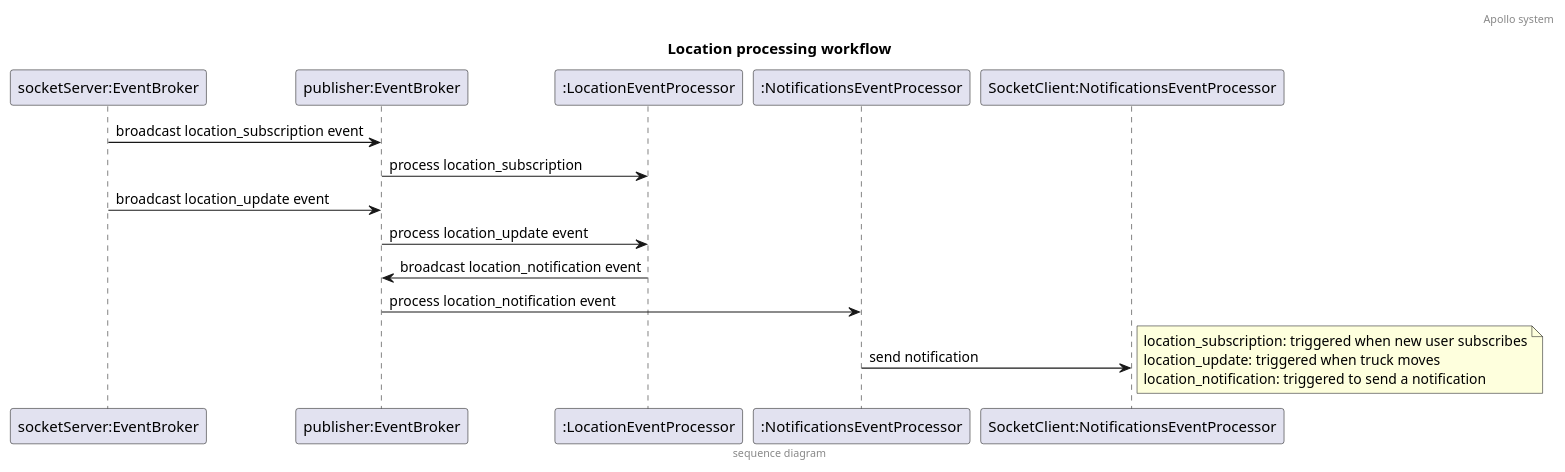
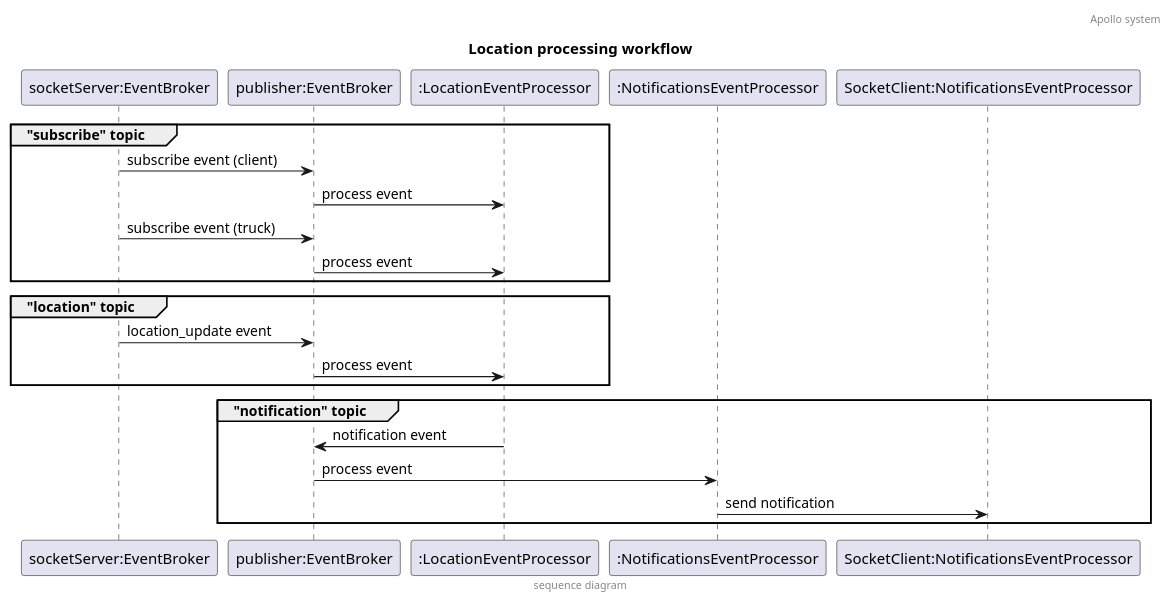
The diagram in system-design/sequence-diagram/location-event-processor.puml (ronaldo-mendoza-jalafund/Asynchronous), drawn with PlantUML before and after one commit. The commit also changed 1 other file, not shown here.

```diff
--- a/system-design/sequence-diagram/location-event-processor.puml
+++ b/system-design/sequence-diagram/location-event-processor.puml
@@ -1,35 +1,38 @@
 @startuml
 title Location processing workflow
 header Apollo system
 footer sequence diagram
 
 participant "socketServer:EventBroker" AS socket_server
 participant "publisher:EventBroker" AS publisher
 
 participant ":LocationEventProcessor" AS location_processor
 participant ":NotificationsEventProcessor" AS notification_processor
 participant "SocketClient:NotificationsEventProcessor" AS socket_client
 
 /'
-group Cold Start
-location_processor -> publisher: create location topic
-notification_processor -> publisher: create notification topic
-end
+Topics:
+    subscribe
+    location
+    notification
 '/
 
-socket_server -> publisher: broadcast location_subscription event
-publisher -> location_processor: process location_subscription
-socket_server -> publisher: broadcast location_update event
-publisher -> location_processor: process location_update event
-location_processor -> publisher: broadcast location_notification event
-publisher -> notification_processor: process location_notification event
+group "subscribe" topic
+socket_server -> publisher: subscribe event (client)
+publisher -> location_processor: process event
+socket_server -> publisher:  subscribe event (truck)
+publisher -> location_processor: process event
+end
+
+group "location" topic
+socket_server -> publisher: location_update event
+publisher -> location_processor: process event
+end
+
+group "notification" topic
+location_processor -> publisher: notification event
+publisher -> notification_processor: process event
 notification_processor -> socket_client: send notification
-
-
-note right
-location_subscription: triggered when new user subscribes
-location_update: triggered when truck moves
-location_notification: triggered to send a notification
-end note
+end
 
 @enduml
```
